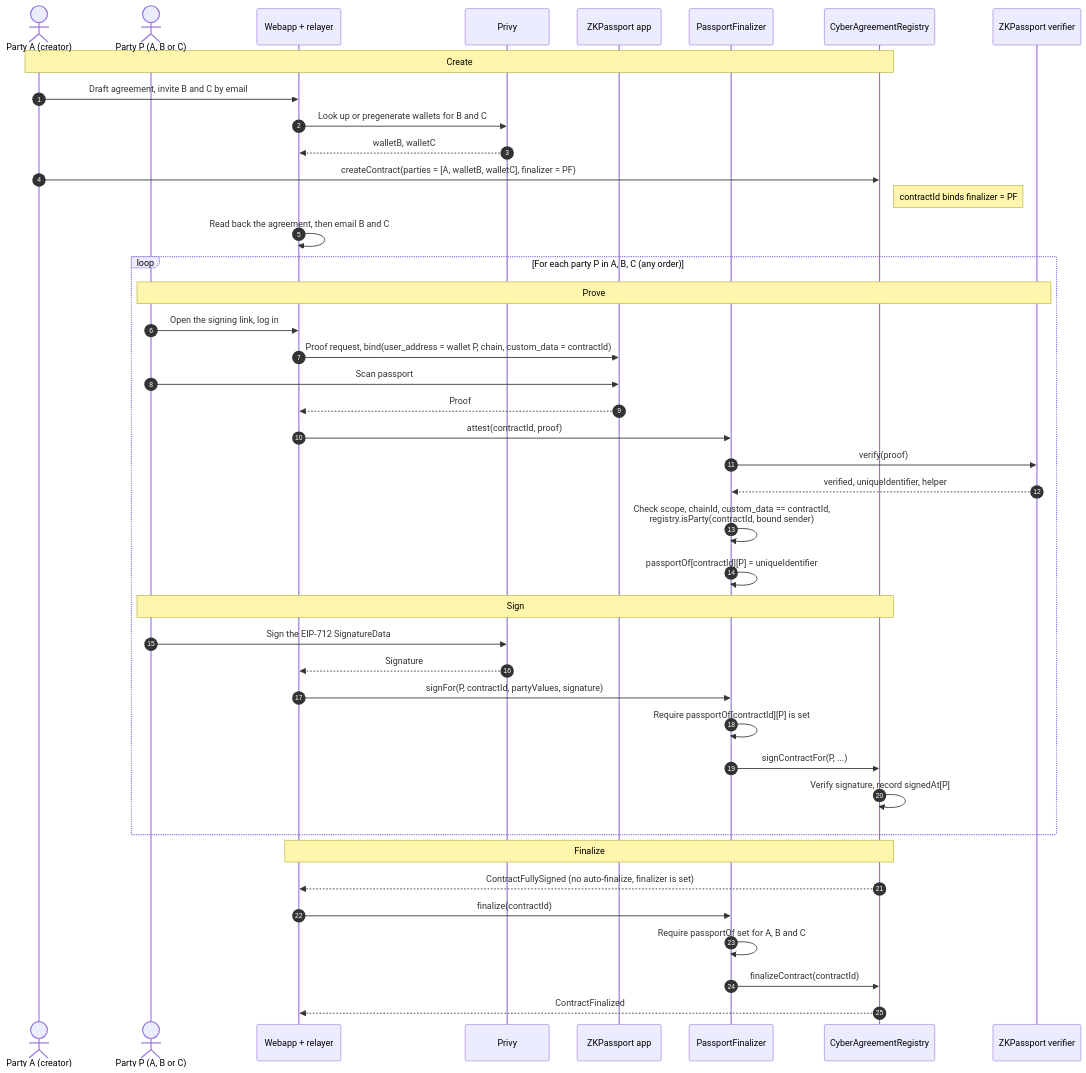
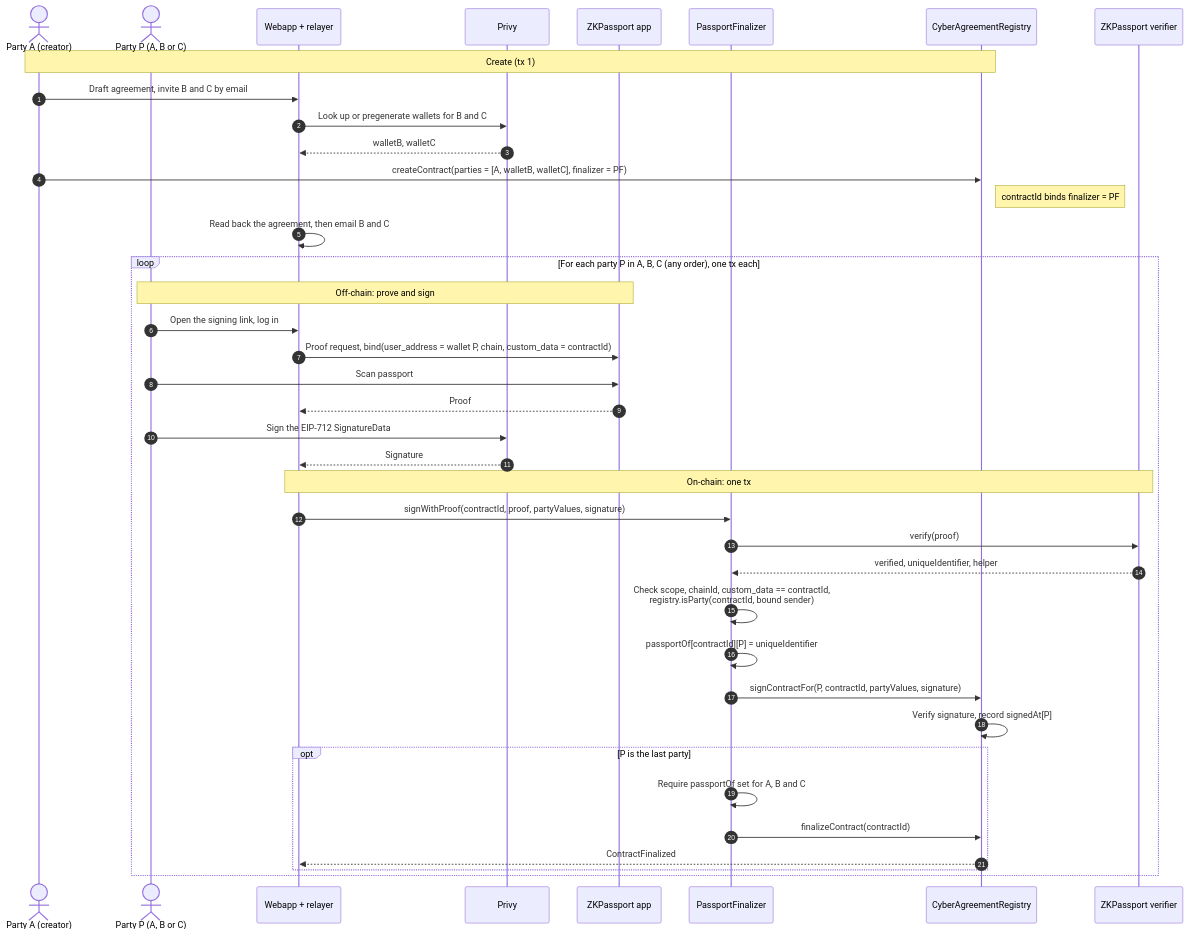
The diagram in specs/analysis/cyberagreement-zkpassport-gate.md (MetaLex-Tech/cybercorps-contracts), drawn with Mermaid before and after one commit. The commit also changed other lines of this file, not shown here.

Commit message:
feat: zkpassport finalizer specs (single tx for attest and sign)

````diff
--- a/specs/analysis/cyberagreement-zkpassport-gate.md
+++ b/specs/analysis/cyberagreement-zkpassport-gate.md
@@ -17,48 +23,44 @@
 ```mermaid
 sequenceDiagram
     autonumber
     actor A as Party A (creator)
     actor P as Party P (A, B or C)
     participant App as Webapp + relayer
     participant Privy
     participant ZKP as ZKPassport app
     participant PF as PassportFinalizer
     participant Reg as CyberAgreementRegistry
     participant V as ZKPassport verifier
 
-    Note over A,Reg: Create
+    Note over A,Reg: Create (tx 1)
     A->>App: Draft agreement, invite B and C by email
     App->>Privy: Look up or pregenerate wallets for B and C
     Privy-->>App: walletB, walletC
     A->>Reg: createContract(parties = [A, walletB, walletC], finalizer = PF)
     Note right of Reg: contractId binds finalizer = PF
     App->>App: Read back the agreement, then email B and C
 
-    loop For each party P in A, B, C (any order)
-        Note over P,V: Prove
+    loop For each party P in A, B, C (any order), one tx each
+        Note over P,ZKP: Off-chain: prove and sign
         P->>App: Open the signing link, log in
         App->>ZKP: Proof request, bind(user_address = wallet P, chain, custom_data = contractId)
         P->>ZKP: Scan passport
         ZKP-->>App: Proof
-        App->>PF: attest(contractId, proof)
+        P->>Privy: Sign the EIP-712 SignatureData
+        Privy-->>App: Signature
+
+        Note over App,V: On-chain: one tx
+        App->>PF: signWithProof(contractId, proof, partyValues, signature)
         PF->>V: verify(proof)
         V-->>PF: verified, uniqueIdentifier, helper
         PF->>PF: Check scope, chainId, custom_data == contractId,<br/>registry.isParty(contractId, bound sender)
         PF->>PF: passportOf[contractId][P] = uniqueIdentifier
-
-        Note over P,Reg: Sign
-        P->>Privy: Sign the EIP-712 SignatureData
-        Privy-->>App: Signature
-        App->>PF: signFor(P, contractId, partyValues, signature)
-        PF->>PF: Require passportOf[contractId][P] is set
-        PF->>Reg: signContractFor(P, ...)
+        PF->>Reg: signContractFor(P, contractId, partyValues, signature)
         Reg->>Reg: Verify signature, record signedAt[P]
+        opt P is the last party
+            PF->>PF: Require passportOf set for A, B and C
+            PF->>Reg: finalizeContract(contractId)
+            Reg-->>App: ContractFinalized
+        end
     end
-
-    Note over App,Reg: Finalize
-    Reg-->>App: ContractFullySigned (no auto-finalize, finalizer is set)
-    App->>PF: finalize(contractId)
-    PF->>PF: Require passportOf set for A, B and C
-    PF->>Reg: finalizeContract(contractId)
-    Reg-->>App: ContractFinalized
 ```
````
